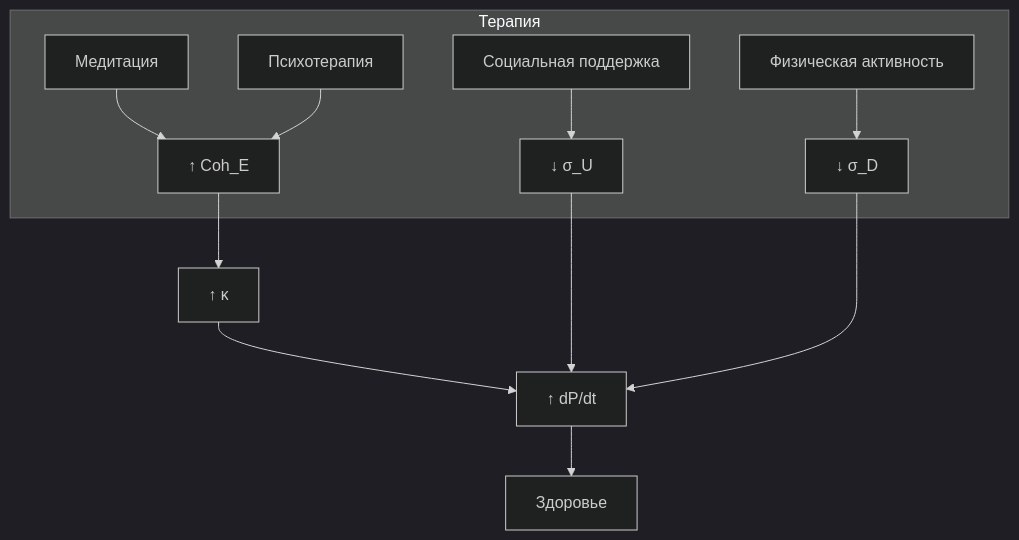
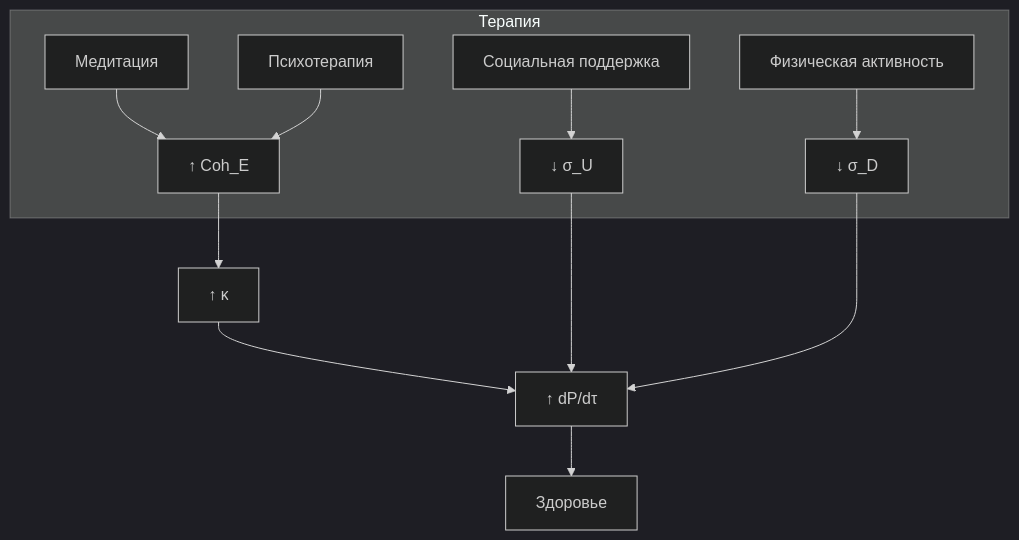
One commit to uhm-theory/holon changed the second of 2 diagrams in website/docs/applied/coherence-cybernetics/applications.md. Above: the diagram before and after it, drawn with Mermaid (dark theme). The commit also changed other lines of this file and 58 other files, not shown here.

````diff
--- a/website/docs/applied/coherence-cybernetics/applications.md
+++ b/website/docs/applied/coherence-cybernetics/applications.md
@@ -355,14 +355,14 @@
 ```mermaid
 graph TD
     subgraph "Терапия"
         M[Медитация] --> CohE[↑ Coh_E]
         PT[Психотерапия] --> CohE
         S[Социальная поддержка] --> SigU[↓ σ_U]
         F[Физическая активность] --> SigD[↓ σ_D]
     end
     CohE --> K[↑ κ]
-    K --> dP[↑ dP/dt]
+    K --> dP[↑ dP/dτ]
     SigU --> dP
     SigD --> dP
     dP --> H[Здоровье]
 ```
````
